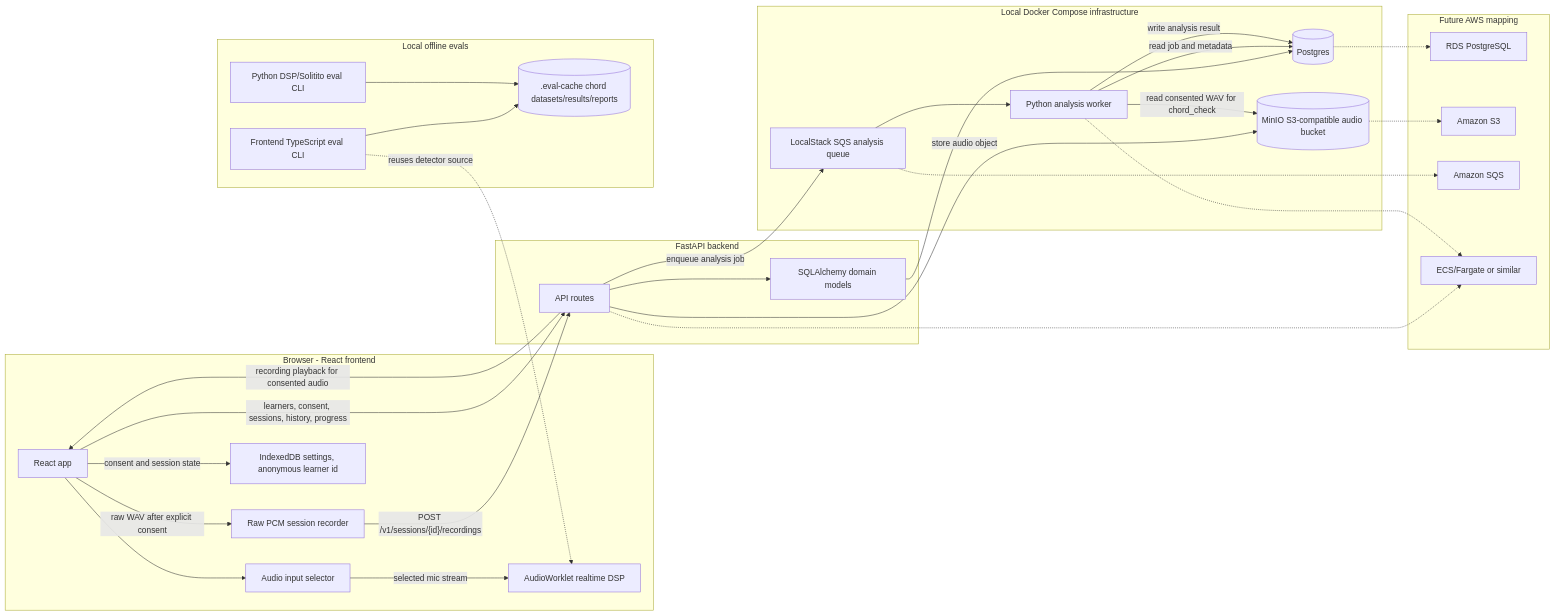
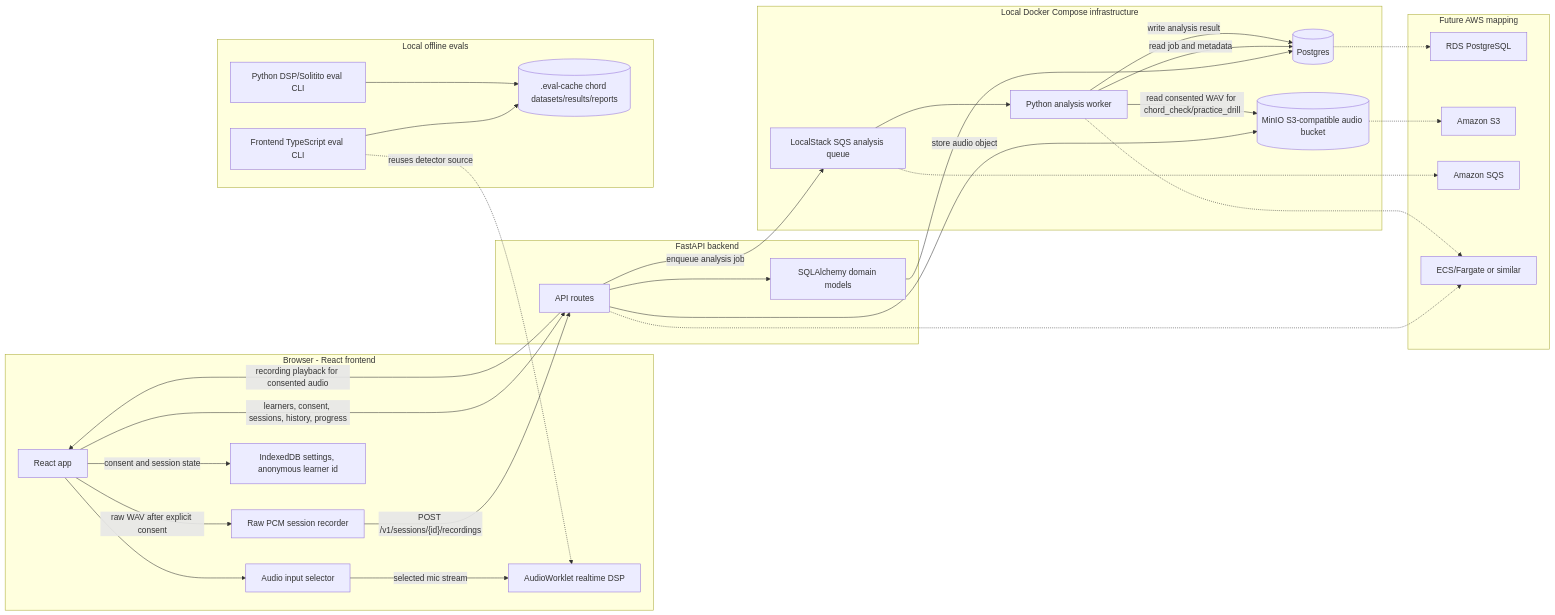
The diagram in docs/system_diagram.md (shivamk3r/guitar), drawn with Mermaid before and after one commit. The commit also changed 16 other files, not shown here.

````diff
--- a/docs/system_diagram.md
+++ b/docs/system_diagram.md
@@ -3,61 +3,61 @@
 ```mermaid
 flowchart LR
   subgraph Browser["Browser - React frontend"]
     UI["React app"]
     MicSelect["Audio input selector"]
     Worklet["AudioWorklet realtime DSP"]
     Recorder["Raw PCM session recorder"]
     IndexedDB["IndexedDB settings, anonymous learner id"]
   end
 
   subgraph Backend["FastAPI backend"]
     API["API routes"]
     Models["SQLAlchemy domain models"]
   end
 
   subgraph LocalEval["Local offline evals"]
     EvalCache[(".eval-cache chord datasets/results/reports")]
     FrontendEval["Frontend TypeScript eval CLI"]
     PyEval["Python DSP/Solitito eval CLI"]
   end
 
   subgraph LocalInfra["Local Docker Compose infrastructure"]
     Postgres[("Postgres")]
     MinIO[("MinIO S3-compatible audio bucket")]
     SQS["LocalStack SQS analysis queue"]
     Worker["Python analysis worker"]
   end
 
   UI --> MicSelect
   MicSelect -->|"selected mic stream"| Worklet
   UI -->|"consent and session state"| IndexedDB
   UI -->|"raw WAV after explicit consent"| Recorder
   Recorder -->|"POST /v1/sessions/{id}/recordings"| API
   UI -->|"learners, consent, sessions, history, progress"| API
   API -->|"recording playback for consented audio"| UI
 
   API --> Models
   Models --> Postgres
   API -->|"store audio object"| MinIO
   API -->|"enqueue analysis job"| SQS
   SQS --> Worker
   Worker -->|"read job and metadata"| Postgres
-  Worker -->|"read consented WAV for chord_check"| MinIO
+  Worker -->|"read consented WAV for chord_check/practice_drill"| MinIO
   Worker -->|"write analysis result"| Postgres
   FrontendEval -.->|"reuses detector source"| Worklet
   FrontendEval --> EvalCache
   PyEval --> EvalCache
 
   subgraph AWS["Future AWS mapping"]
     RDS["RDS PostgreSQL"]
     S3["Amazon S3"]
     AmazonSQS["Amazon SQS"]
     Containers["ECS/Fargate or similar"]
   end
 
   Postgres -.-> RDS
   MinIO -.-> S3
   SQS -.-> AmazonSQS
   API -.-> Containers
   Worker -.-> Containers
 ```
````
